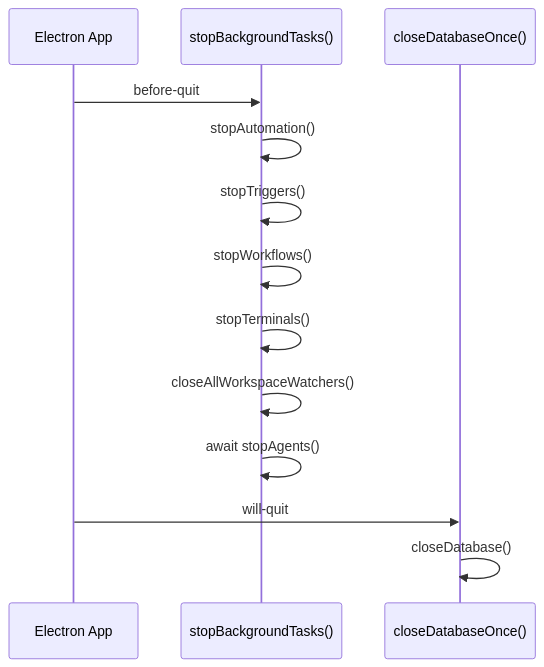
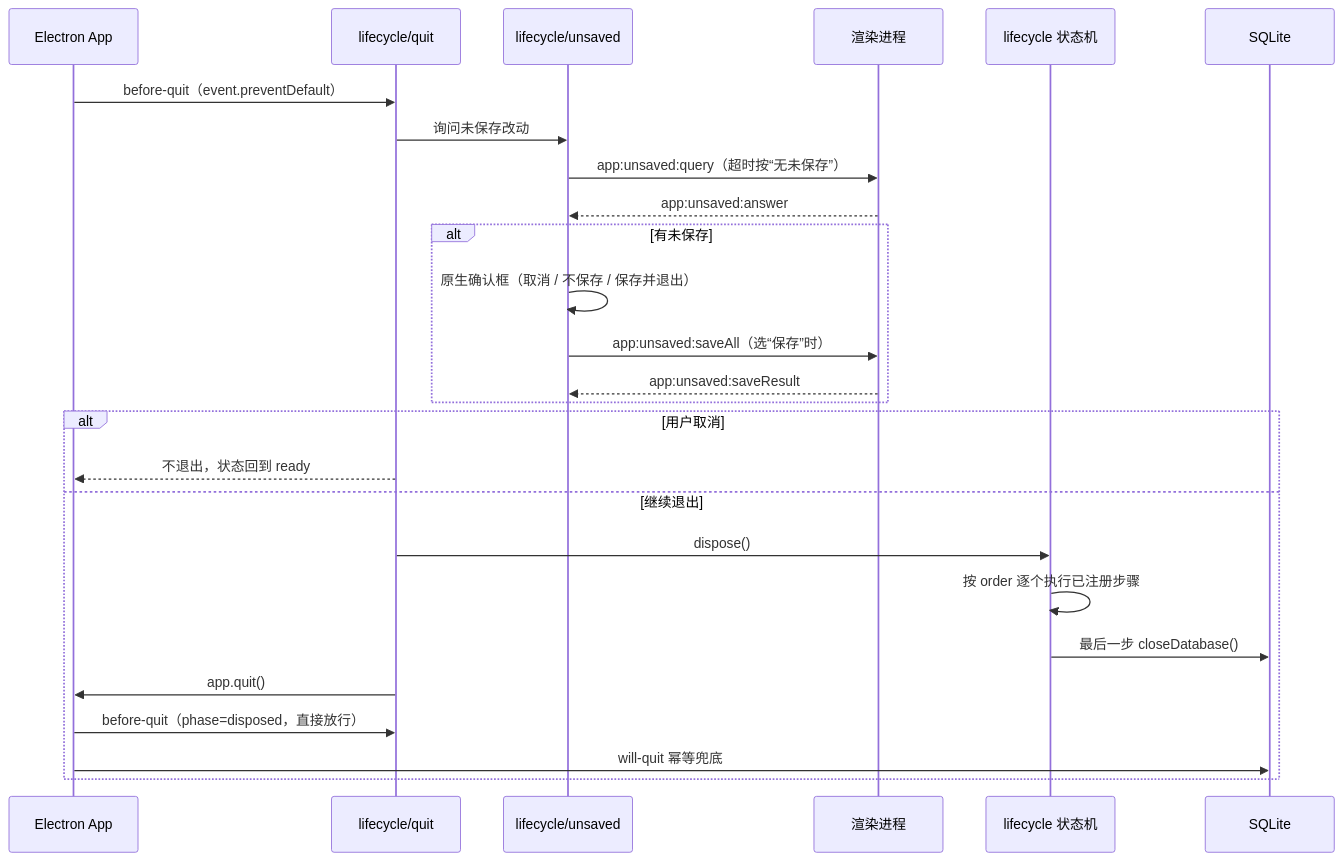
One commit to yangshunling/NovaStudio changed the second of 7 diagrams in docs/02-系统架构与关键决策.md. Above: the diagram before and after it, drawn with Mermaid. The commit also changed other lines of this file and 20 other files, not shown here.

````diff
--- a/docs/02-系统架构与关键决策.md
+++ b/docs/02-系统架构与关键决策.md
@@ -158,16 +166,29 @@
 ```mermaid
 sequenceDiagram
   participant App as Electron App
-  participant Bg as stopBackgroundTasks()
-  participant DB as closeDatabaseOnce()
+  participant Q as lifecycle/quit
+  participant U as lifecycle/unsaved
+  participant R as 渲染进程
+  participant L as lifecycle 状态机
+  participant DB as SQLite
 
-  App->>Bg: before-quit
-  Bg->>Bg: stopAutomation()
-  Bg->>Bg: stopTriggers()
-  Bg->>Bg: stopWorkflows()
-  Bg->>Bg: stopTerminals()
-  Bg->>Bg: closeAllWorkspaceWatchers()
-  Bg->>Bg: await stopAgents()
-  App->>DB: will-quit
-  DB->>DB: closeDatabase()
+  App->>Q: before-quit（event.preventDefault）
+  Q->>U: 询问未保存改动
+  U->>R: app:unsaved:query（超时按“无未保存”）
+  R-->>U: app:unsaved:answer
+  alt 有未保存
+    U->>U: 原生确认框（取消 / 不保存 / 保存并退出）
+    U->>R: app:unsaved:saveAll（选“保存”时）
+    R-->>U: app:unsaved:saveResult
+  end
+  alt 用户取消
+    Q-->>App: 不退出，状态回到 ready
+  else 继续退出
+    Q->>L: dispose()
+    L->>L: 按 order 逐个执行已注册步骤
+    L->>DB: 最后一步 closeDatabase()
+    Q->>App: app.quit()
+    App->>Q: before-quit（phase=disposed，直接放行）
+    App->>DB: will-quit 幂等兜底
+  end
 ```
````
